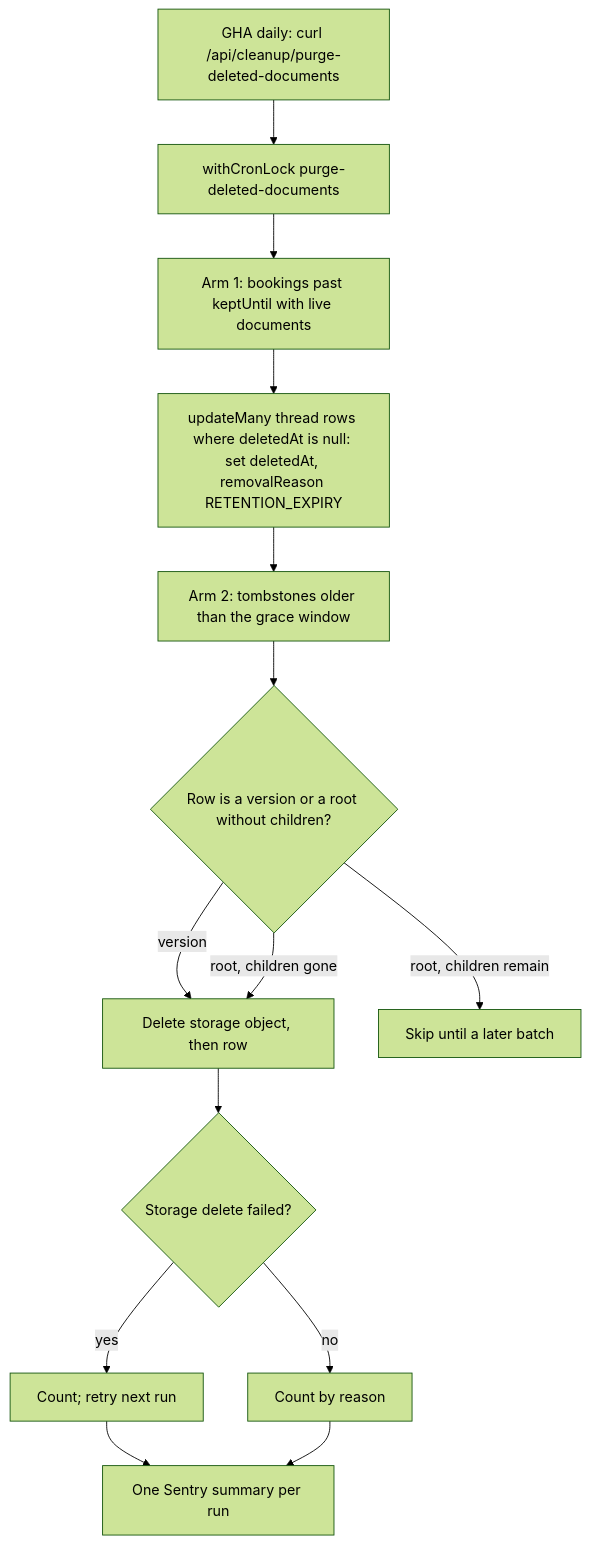
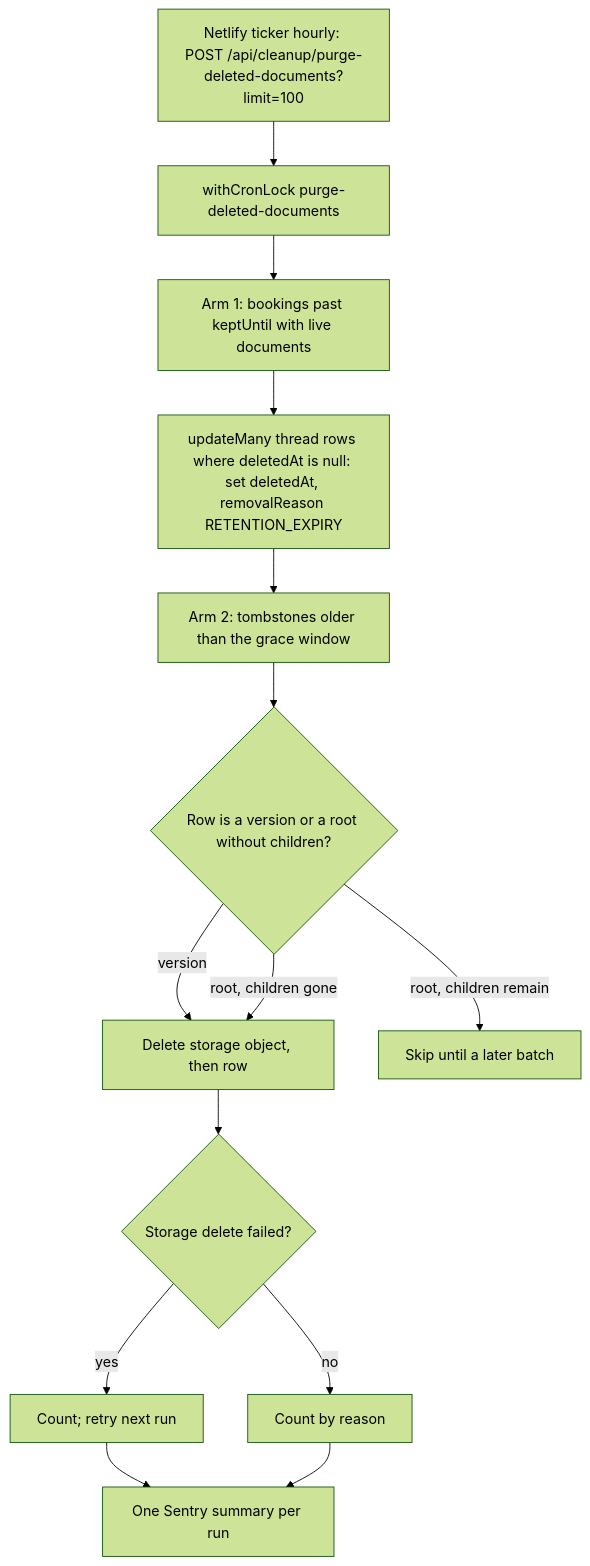
Before and after one commit to Practitionist/familiarise_web: the second of 5 diagrams in docs/documents/README.md, drawn with Mermaid (forest theme). The commit also changed other lines of this file and 57 other files, not shown here.

````diff
--- a/docs/documents/README.md
+++ b/docs/documents/README.md
@@ -168,16 +170,16 @@
 ```mermaid
 flowchart TD
-  A[GHA daily: curl /api/cleanup/purge-deleted-documents] --> B[withCronLock purge-deleted-documents]
+  A[Netlify ticker hourly: POST /api/cleanup/purge-deleted-documents?limit=100] --> B[withCronLock purge-deleted-documents]
   B --> C[Arm 1: bookings past keptUntil with live documents]
   C --> D[updateMany thread rows where deletedAt is null: set deletedAt, removalReason RETENTION_EXPIRY]
   D --> E[Arm 2: tombstones older than the grace window]
   E --> F{Row is a version or a root without children?}
   F -- version --> G[Delete storage object, then row]
   F -- root, children gone --> G
   F -- root, children remain --> H[Skip until a later batch]
   G --> I{Storage delete failed?}
   I -- yes --> J[Count; retry next run]
   I -- no --> K[Count by reason]
   J --> L[One Sentry summary per run]
   K --> L
 ```
````
